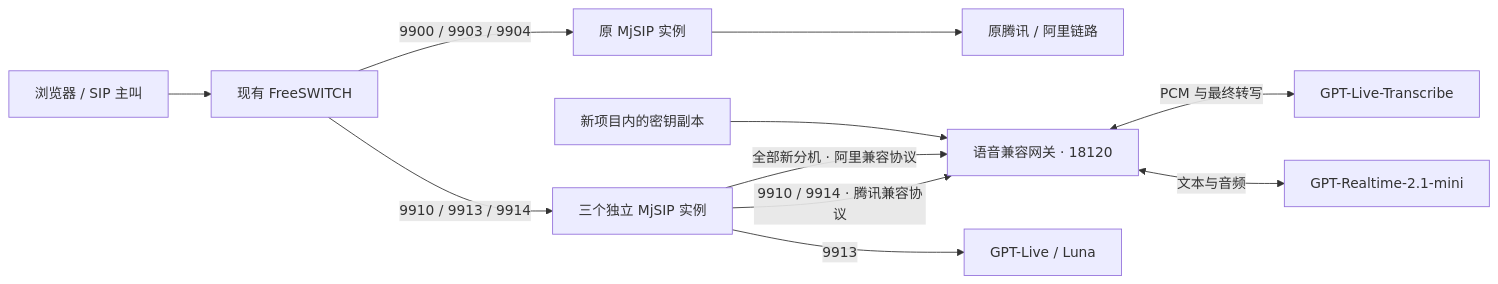
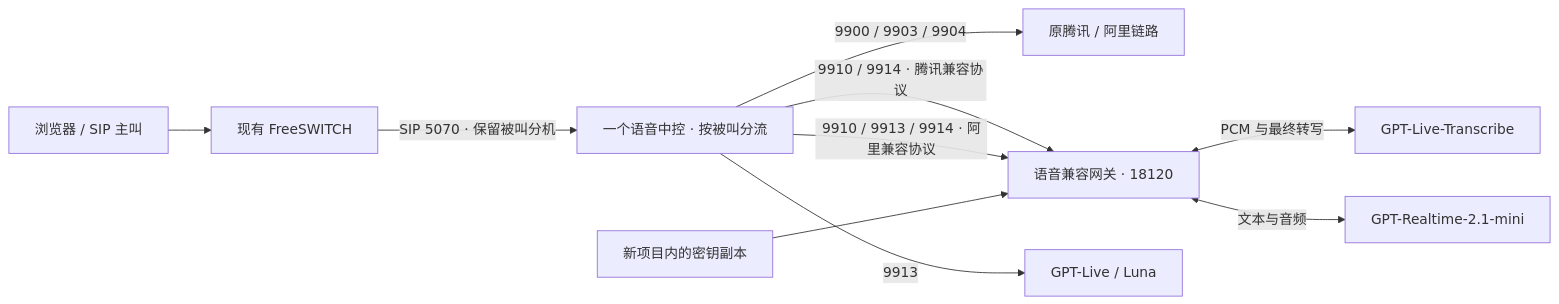
Before and after one commit to lovezhl456/speech-compat-gateway: the first of 2 diagrams in README.md, drawn with Mermaid. The commit also changed other lines of this file and 1 other file, not shown here.

````diff
--- a/README.md
+++ b/README.md
@@ -25,13 +27,12 @@
 ```mermaid
 flowchart LR
     P["浏览器 / SIP 主叫"] --> F["现有 FreeSWITCH"]
-    F -->|"9900 / 9903 / 9904"| O["原 MjSIP 实例"]
-    O --> V["原腾讯 / 阿里链路"]
-    F -->|"9910 / 9913 / 9914"| N["三个独立 MjSIP 实例"]
+    F -->|"SIP 5070 · 保留被叫分机"| N["一个语音中控 · 按被叫分流"]
+    N -->|"9900 / 9903 / 9904"| V["原腾讯 / 阿里链路"]
     N -->|"9910 / 9914 · 腾讯兼容协议"| C["语音兼容网关 · 18120"]
-    N -->|"全部新分机 · 阿里兼容协议"| C
+    N -->|"9910 / 9913 / 9914 · 阿里兼容协议"| C
     N -->|"9913"| L["GPT-Live / Luna"]
     E["新项目内的密钥副本"] --> C
     C <-->|"PCM 与最终转写"| A["GPT-Live-Transcribe"]
     C <-->|"文本与音频"| T["GPT-Realtime-2.1-mini"]
 ```
````
